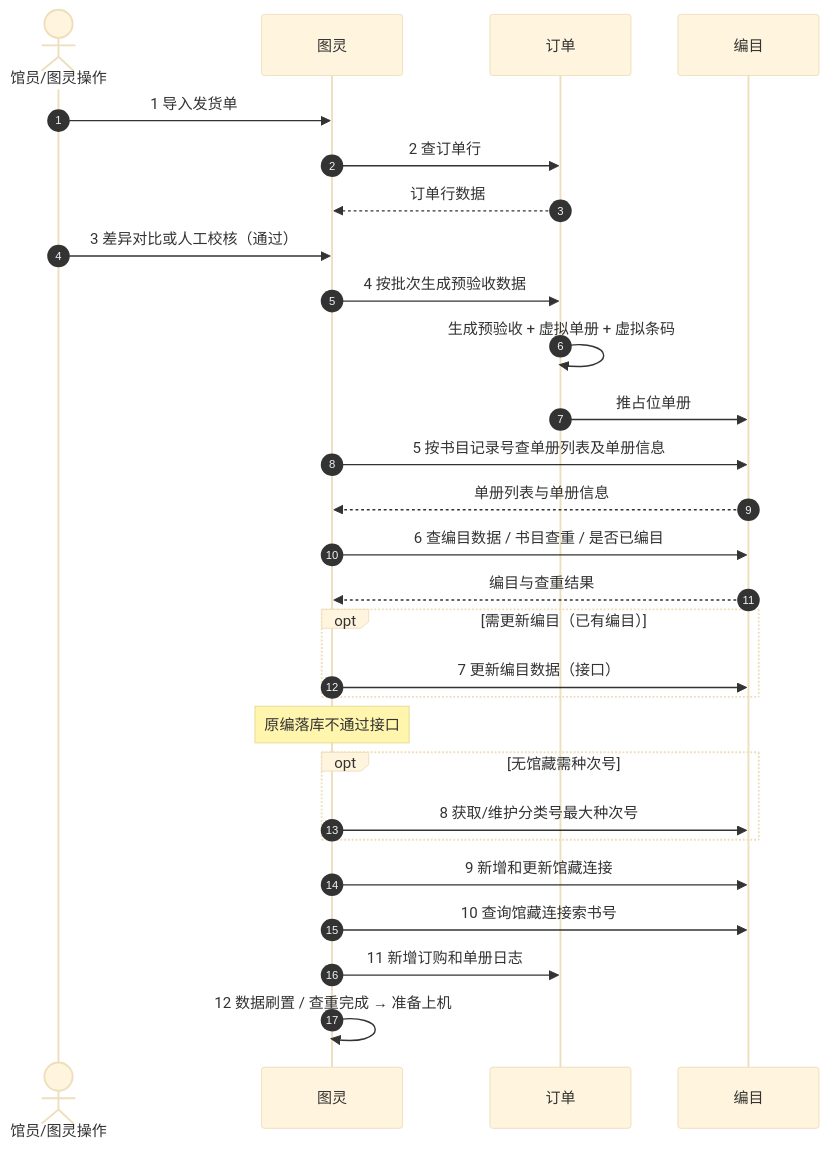
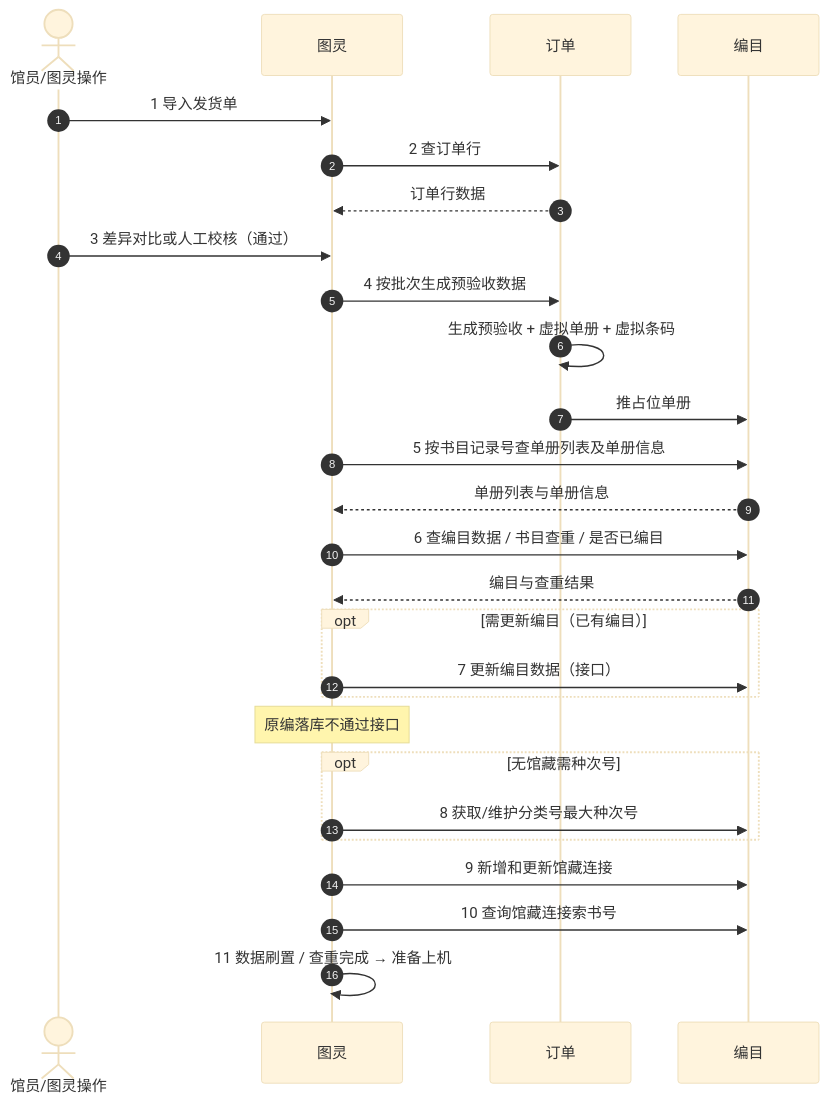
One commit to yxw7/orderM changed the first of 2 diagrams in docs/superpowers/specs/2026-10-14-turing-order-catalog-acceptance-flow-design.md. Above: the diagram before and after it, drawn with Mermaid (base theme). The commit also changed other lines of this file and 1 other file, not shown here.

````diff
--- a/docs/superpowers/specs/2026-10-14-turing-order-catalog-acceptance-flow-design.md
+++ b/docs/superpowers/specs/2026-10-14-turing-order-catalog-acceptance-flow-design.md
@@ -76,31 +76,30 @@
 ```mermaid
 sequenceDiagram
   autonumber
   actor Op as 馆员/图灵操作
   participant T as 图灵
   participant O as 订单
   participant C as 编目
 
   Op->>T: 1 导入发货单
   T->>O: 2 查订单行
   O-->>T: 订单行数据
   Op->>T: 3 差异对比或人工校核（通过）
   T->>O: 4 按批次生成预验收数据
   O->>O: 生成预验收 + 虚拟单册 + 虚拟条码
   O->>C: 推占位单册
   T->>C: 5 按书目记录号查单册列表及单册信息
   C-->>T: 单册列表与单册信息
   T->>C: 6 查编目数据 / 书目查重 / 是否已编目
   C-->>T: 编目与查重结果
   opt 需更新编目（已有编目）
     T->>C: 7 更新编目数据（接口）
   end
   Note over T: 原编落库不通过接口
   opt 无馆藏需种次号
     T->>C: 8 获取/维护分类号最大种次号
   end
   T->>C: 9 新增和更新馆藏连接
   T->>C: 10 查询馆藏连接索书号
-  T->>O: 11 新增订购和单册日志
-  T->>T: 12 数据刷置 / 查重完成 → 准备上机
+  T->>T: 11 数据刷置 / 查重完成 → 准备上机
 ```
````
